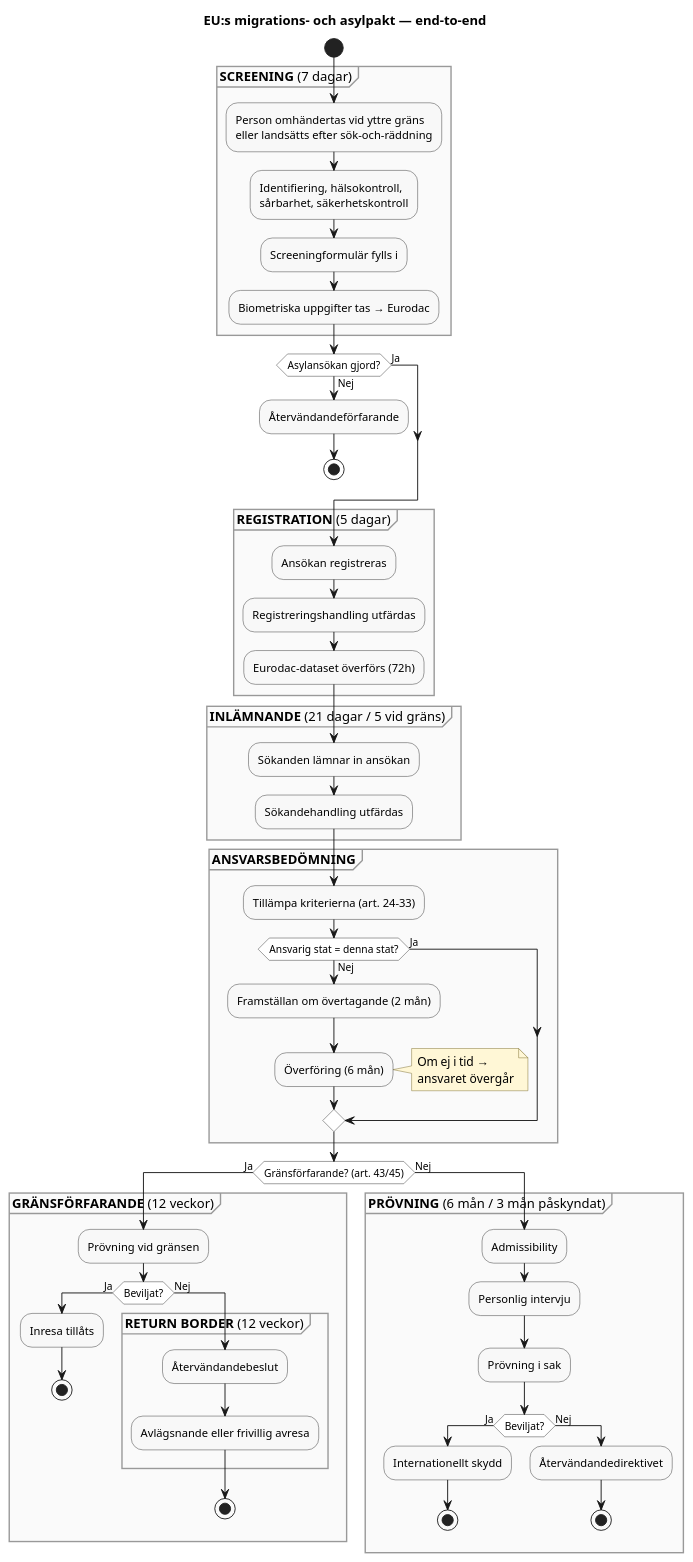
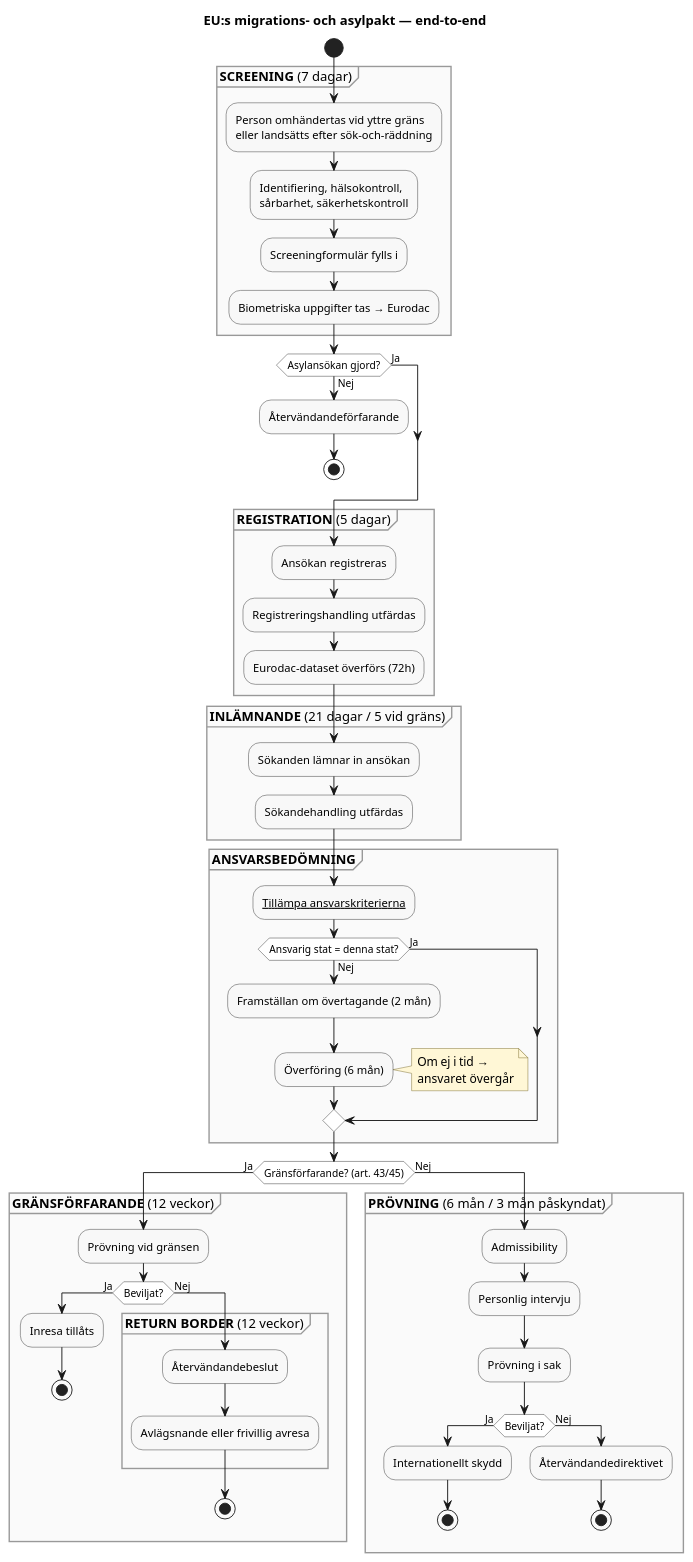
One commit to chrhe894/migration_pact changed the diagram in diagrams/end-to-end-overview.pu. Above: the diagram before and after it, drawn with PlantUML. The commit also changed 18 other files, not shown here.

Commit message:
Better links in diagrams

```diff
--- a/diagrams/end-to-end-overview.pu
+++ b/diagrams/end-to-end-overview.pu
@@ -11,96 +11,98 @@
 @startuml end-to-end-overview
 
 title EU:s migrations- och asylpakt — end-to-end
 
 skinparam shadowing false
+skinparam HyperlinkColor Black
+skinparam HyperlinkUnderline true
 skinparam defaultFontName Arial
 skinparam activity {
   BackgroundColor #F8F8F8
   BorderColor #333333
   DiamondBackgroundColor #FFFFFF
   DiamondBorderColor #333333
 }
 skinparam note {
   BackgroundColor #FFF7D6
   BorderColor #7A6A2A
 }
 skinparam partition {
   BackgroundColor #FAFAFA
   BorderColor #999999
 }
 
 start
 
 partition "**SCREENING** (7 dagar)" {
   :Person omhändertas vid yttre gräns
   eller landsätts efter sök-och-räddning;
   :Identifiering, hälsokontroll,
   sårbarhet, säkerhetskontroll;
   :Screeningformulär fylls i;
   :Biometriska uppgifter tas → Eurodac;
 }
 
 if (Asylansökan gjord?) then (Nej)
   :Återvändandeförfarande;
   stop
 else (Ja)
 endif
 
 partition "**REGISTRATION** (5 dagar)" {
   :Ansökan registreras;
   :Registreringshandling utfärdas;
   :Eurodac-dataset överförs (72h);
 }
 
 partition "**INLÄMNANDE** (21 dagar / 5 vid gräns)" {
   :Sökanden lämnar in ansökan;
   :Sökandehandling utfärdas;
 }
 
 partition "**ANSVARSBEDÖMNING**" {
-  :Tillämpa kriterierna (art. 24–33);
+  :[[domains/responsibility/articles/ammr-024.md Tillämpa ansvarskriterierna]];
   if (Ansvarig stat = denna stat?) then (Nej)
     :Framställan om övertagande (2 mån);
     :Överföring (6 mån);
     note right
       Om ej i tid →
       ansvaret övergår
     end note
   else (Ja)
   endif
 }
 
 if (Gränsförfarande? (art. 43/45)) then (Ja)
 
   partition "**GRÄNSFÖRFARANDE** (12 veckor)" {
     :Prövning vid gränsen;
     if (Beviljat?) then (Ja)
       :Inresa tillåts;
       stop
     else (Nej)
       partition "**RETURN BORDER** (12 veckor)" {
         :Återvändandebeslut;
         :Avlägsnande eller frivillig avresa;
       }
       stop
     endif
   }
 
 else (Nej)
 
   partition "**PRÖVNING** (6 mån / 3 mån påskyndat)" {
     :Admissibility;
     :Personlig intervju;
     :Prövning i sak;
     if (Beviljat?) then (Ja)
       :Internationellt skydd;
       stop
     else (Nej)
       :Återvändandedirektivet;
       stop
     endif
   }
 
 endif
 
 @enduml
```
